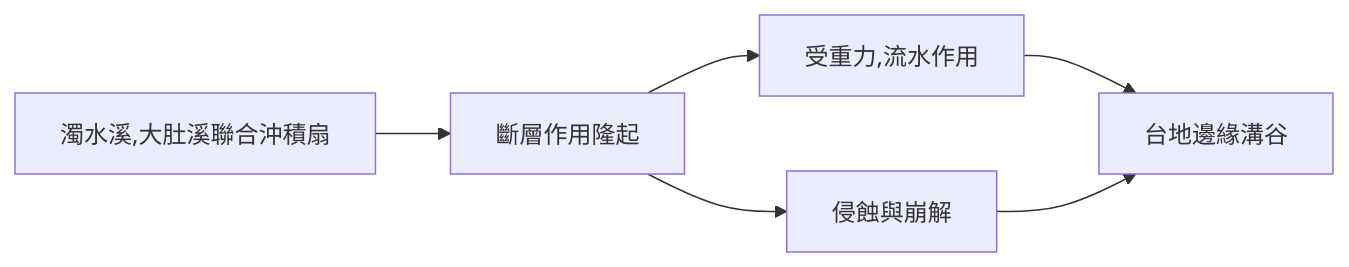
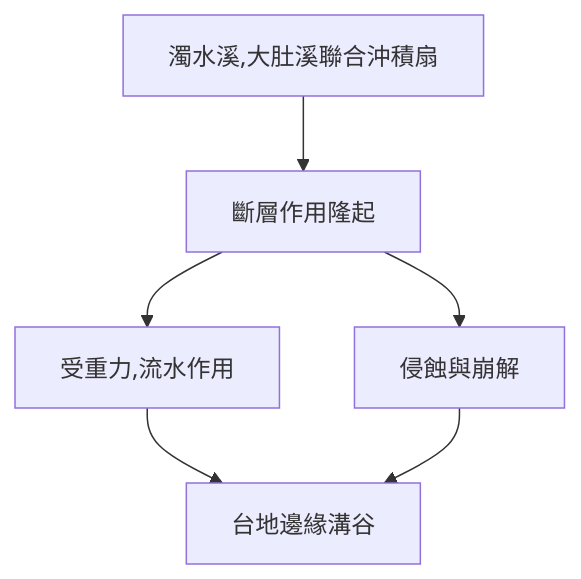
One commit to Ethane1755/Obsidian changed the diagram in Zettelkasten/地理筆記.md. Above: the diagram before and after it, drawn with Mermaid. The commit also changed other lines of this file and 1 other file, not shown here.

````diff
--- a/Zettelkasten/地理筆記.md
+++ b/Zettelkasten/地理筆記.md
@@ -130,5 +131,5 @@
 ```mermaid
-graph LR
+graph TD
 濁水溪,大肚溪聯合沖積扇-->斷層作用隆起-->受重力,流水作用-->台地邊緣溝谷
 斷層作用隆起-->侵蝕與崩解-->台地邊緣溝谷
 ```
````
